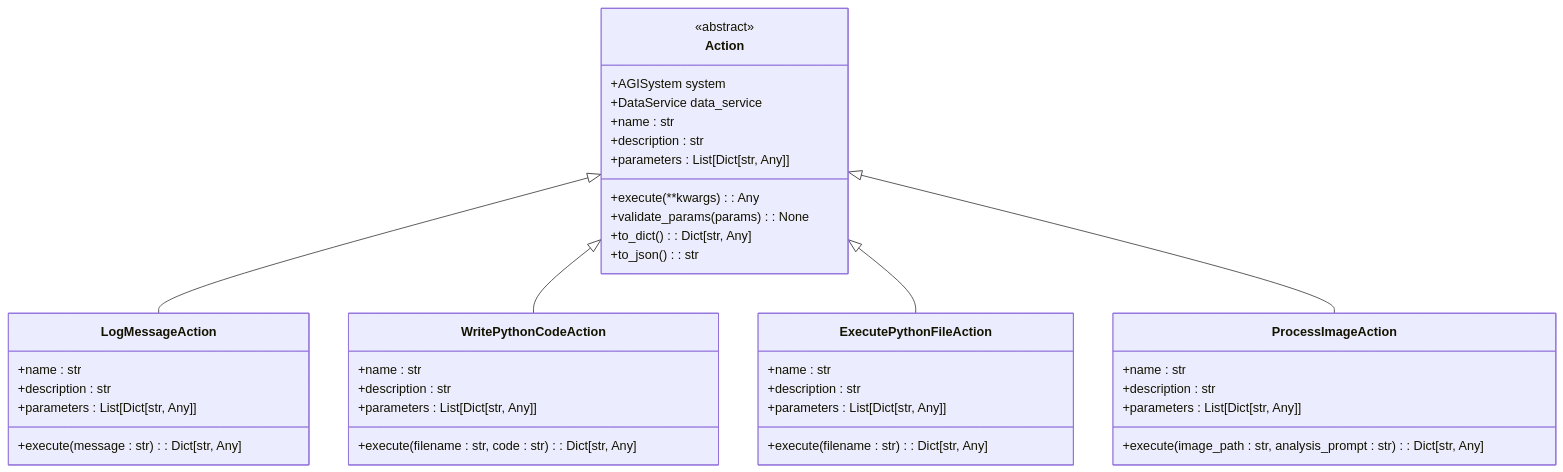
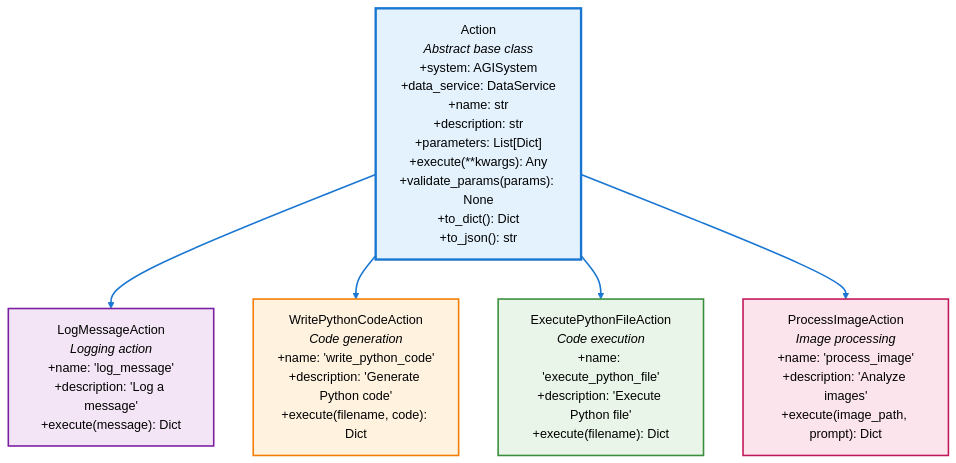
One commit to Likhithsai2580/RAVANA-WIKI changed the third of 8 diagrams in docs/Action System/Action Manager.md. Above: the diagram before and after it, drawn with Mermaid. The commit also changed 15 other files, not shown here.

Commit message:
fix mermaid diagrams

````diff
--- a/docs/Action System/Action Manager.md
+++ b/docs/Action System/Action Manager.md
@@ -105,43 +105,30 @@
 ```mermaid
-classDiagram
-class Action {
-<<abstract>>
-+AGISystem system
-+DataService data_service
-+name : str
-+description : str
-+parameters : List[Dict[str, Any]]
-+execute(**kwargs) : Any
-+validate_params(params) : None
-+to_dict() : Dict[str, Any]
-+to_json() : str
-}
-class LogMessageAction {
-+name : str
-+description : str
-+parameters : List[Dict[str, Any]]
-+execute(message : str) : Dict[str, Any]
-}
-class WritePythonCodeAction {
-+name : str
-+description : str
-+parameters : List[Dict[str, Any]]
-+execute(filename : str, code : str) : Dict[str, Any]
-}
-class ExecutePythonFileAction {
-+name : str
-+description : str
-+parameters : List[Dict[str, Any]]
-+execute(filename : str) : Dict[str, Any]
-}
-class ProcessImageAction {
-+name : str
-+description : str
-+parameters : List[Dict[str, Any]]
-+execute(image_path : str, analysis_prompt : str) : Dict[str, Any]
-}
-Action <|-- LogMessageAction
-Action <|-- WritePythonCodeAction
-Action <|-- ExecutePythonFileAction
-Action <|-- ProcessImageAction
+flowchart TD
+    Action["Action<br/><i>Abstract base class</i><br/>+system: AGISystem<br/>+data_service: DataService<br/>+name: str<br/>+description: str<br/>+parameters: List[Dict]<br/>+execute(**kwargs): Any<br/>+validate_params(params): None<br/>+to_dict(): Dict<br/>+to_json(): str"]
+    
+    LogMessageAction["LogMessageAction<br/><i>Logging action</i><br/>+name: 'log_message'<br/>+description: 'Log a message'<br/>+execute(message): Dict"]
+    
+    WritePythonCodeAction["WritePythonCodeAction<br/><i>Code generation</i><br/>+name: 'write_python_code'<br/>+description: 'Generate Python code'<br/>+execute(filename, code): Dict"]
+    
+    ExecutePythonFileAction["ExecutePythonFileAction<br/><i>Code execution</i><br/>+name: 'execute_python_file'<br/>+description: 'Execute Python file'<br/>+execute(filename): Dict"]
+    
+    ProcessImageAction["ProcessImageAction<br/><i>Image processing</i><br/>+name: 'process_image'<br/>+description: 'Analyze images'<br/>+execute(image_path, prompt): Dict"]
+    
+    Action --> LogMessageAction
+    Action --> WritePythonCodeAction
+    Action --> ExecutePythonFileAction
+    Action --> ProcessImageAction
+    
+    %% Styling
+    style Action fill:#e3f2fd,stroke:#1976d2,stroke-width:3px,color:#000
+    style LogMessageAction fill:#f3e5f5,stroke:#7b1fa2,stroke-width:2px,color:#000
+    style WritePythonCodeAction fill:#fff3e0,stroke:#f57c00,stroke-width:2px,color:#000
+    style ExecutePythonFileAction fill:#e8f5e8,stroke:#388e3c,stroke-width:2px,color:#000
+    style ProcessImageAction fill:#fce4ec,stroke:#c2185b,stroke-width:2px,color:#000
+    
+    %% Link styling
+    linkStyle 0 stroke:#1976d2,stroke-width:2px
+    linkStyle 1 stroke:#1976d2,stroke-width:2px
+    linkStyle 2 stroke:#1976d2,stroke-width:2px
+    linkStyle 3 stroke:#1976d2,stroke-width:2px
 ```
````
